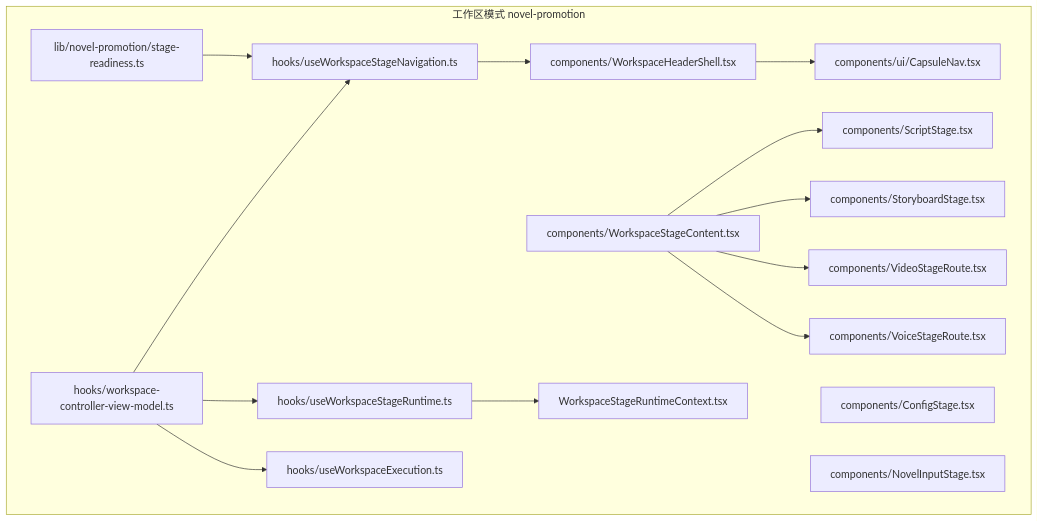
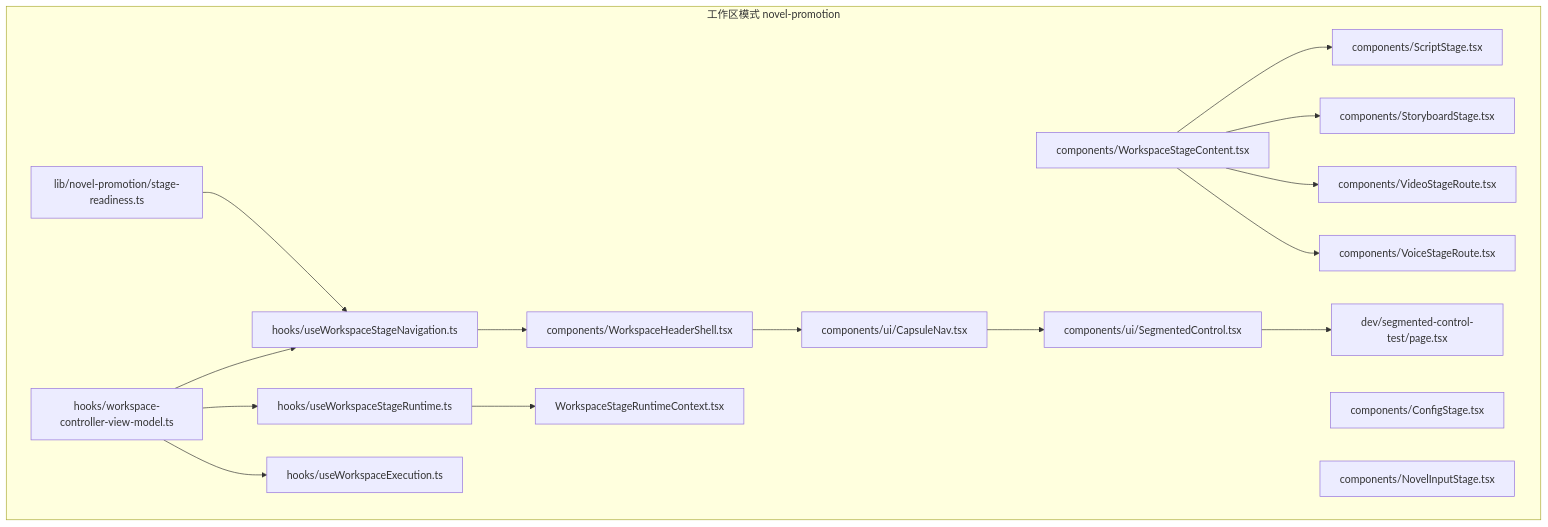
Before and after one commit to lyl2021/waoowaoo: the first of 8 diagrams in .qoder/repowiki/zh/content/前端组件架构/工作区组件/阶段导航系统.md, drawn with Mermaid. The commit also changed other lines of this file and 15 other files, not shown here.

````diff
--- a/.qoder/repowiki/zh/content/前端组件架构/工作区组件/阶段导航系统.md
+++ b/.qoder/repowiki/zh/content/前端组件架构/工作区组件/阶段导航系统.md
@@ -50,31 +52,35 @@
 ```mermaid
 graph TB
 subgraph "工作区模式 novel-promotion"
 A["hooks/useWorkspaceStageNavigation.ts"]
 B["hooks/useWorkspaceStageRuntime.ts"]
 C["WorkspaceStageRuntimeContext.tsx"]
 D["hooks/workspace-controller-view-model.ts"]
 E["components/WorkspaceHeaderShell.tsx"]
 F["components/WorkspaceStageContent.tsx"]
 G["components/ConfigStage.tsx"]
 H["components/NovelInputStage.tsx"]
 I["components/ScriptStage.tsx"]
 J["components/StoryboardStage.tsx"]
 K["components/VideoStageRoute.tsx"]
 L["components/VoiceStageRoute.tsx"]
 M["hooks/useWorkspaceExecution.ts"]
 N["lib/novel-promotion/stage-readiness.ts"]
 O["components/ui/CapsuleNav.tsx"]
+P["components/ui/SegmentedControl.tsx"]
+Q["dev/segmented-control-test/page.tsx"]
 end
 A --> E
 E --> O
 F --> I
 F --> J
 F --> K
 F --> L
 B --> C
 D --> A
 D --> B
 D --> M
 N --> A
+O --> P
+P --> Q
 ```
````
